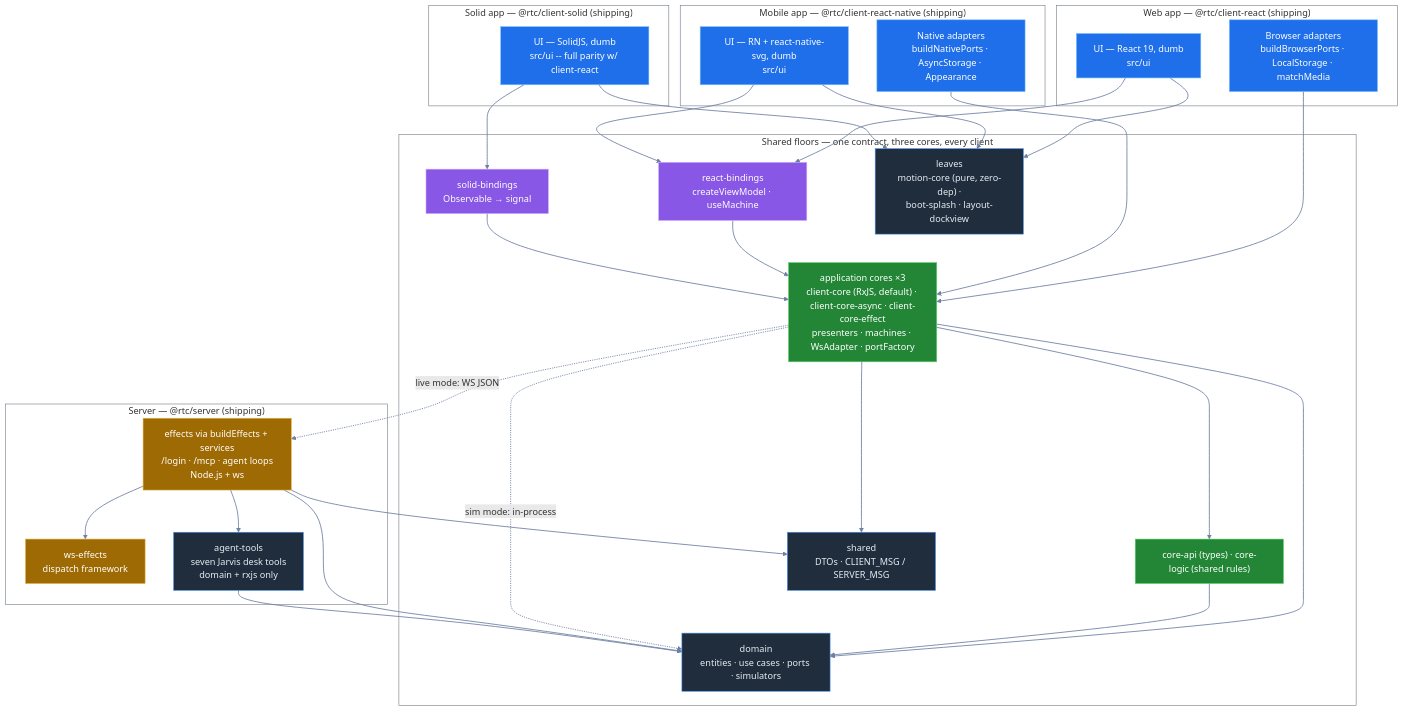
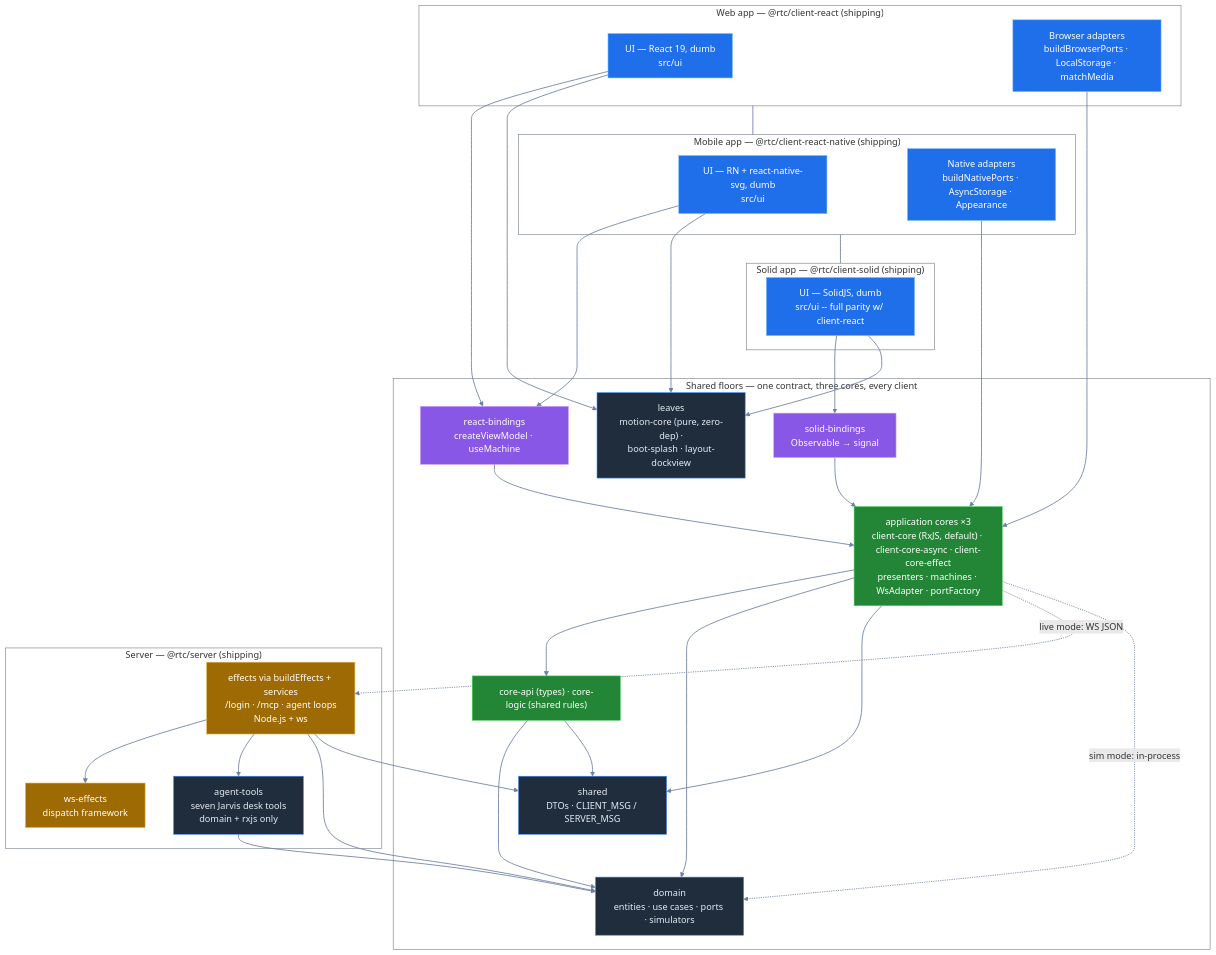
The diagram in docs/architecture/13-codebase-map.md (bettersoftware-io/ReactiveTraderCloudClone), drawn with Mermaid before and after one commit. The commit also changed other lines of this file and 7 other files, not shown here.

First line of the commit message:
docs(architecture): fix round 1 on the structure chapters

````diff
--- a/docs/architecture/13-codebase-map.md
+++ b/docs/architecture/13-codebase-map.md
@@ -11,66 +11,71 @@
 ```mermaid
 flowchart TB
     subgraph WebApp["Web app — @rtc/client-react (shipping)"]
         webUi["UI — React 19, dumb<br/>src/ui"]:::ui
         webAdapt["Browser adapters<br/>buildBrowserPorts · LocalStorage · matchMedia"]:::ui
     end
 
     subgraph MobileApp["Mobile app — @rtc/client-react-native (shipping)"]
         rnUi["UI — RN + react-native-svg, dumb<br/>src/ui"]:::ui
         rnAdapt["Native adapters<br/>buildNativePorts · AsyncStorage · Appearance"]:::ui
     end
 
     subgraph SolidApp["Solid app — @rtc/client-solid (shipping)"]
         solidUi["UI — SolidJS, dumb<br/>src/ui -- full parity w/ client-react"]:::ui
     end
 
     subgraph SharedFloors["Shared floors — one contract, three cores, every client"]
         rb["react-bindings<br/>createViewModel · useMachine"]:::bridge
         sb["solid-bindings<br/>Observable → signal"]:::bridge
         core["application cores ×3<br/>client-core (RxJS, default) · client-core-async · client-core-effect<br/>presenters · machines · WsAdapter · portFactory"]:::core
         api["core-api (types) · core-logic (shared rules)"]:::core
         domain["domain<br/>entities · use cases · ports · simulators"]:::domain
         shared["shared<br/>DTOs · CLIENT_MSG / SERVER_MSG"]:::domain
         motion["leaves<br/>motion-core (pure, zero-dep) ·<br/>boot-splash · layout-dockview"]:::domain
     end
 
     subgraph Server["Server — @rtc/server (shipping)"]
         srv["effects via buildEffects + services<br/>/login · /mcp · agent loops<br/>Node.js + ws"]:::server
         wse["ws-effects<br/>dispatch framework"]:::server
         agt["agent-tools<br/>seven Jarvis desk tools<br/>domain + rxjs only"]:::domain
     end
 
     webUi --> rb
     webUi --> motion
     webAdapt --> core
     rnUi --> rb
     rnUi --> motion
     rnAdapt --> core
     solidUi --> sb
     solidUi --> motion
     rb --> core
     sb --> core
     core --> api
     core --> domain
     core --> shared
     api --> domain
+    api --> shared
     core -. "live mode: WS JSON" .-> srv
     core -. "sim mode: in-process" .-> domain
     srv --> wse
     srv --> agt
     srv --> domain
     srv --> shared
     agt --> domain
+
+    %% stack the three app buildings vertically (edge-less subgraphs would tile side by side)
+    WebApp ~~~ MobileApp
+    MobileApp ~~~ SolidApp
 
     classDef ui fill:#1f6feb,stroke:#79c0ff,color:#ffffff
     classDef bridge fill:#8957e5,stroke:#d2a8ff,color:#ffffff
     classDef core fill:#238636,stroke:#56d364,color:#ffffff
     classDef server fill:#9e6a03,stroke:#e3b341,color:#ffffff
     classDef domain fill:#1f2d3d,stroke:#4493f8,color:#e6edf3
     style WebApp fill:transparent,stroke:#6e7681
     style MobileApp fill:transparent,stroke:#6e7681
     style SolidApp fill:transparent,stroke:#6e7681
     style SharedFloors fill:transparent,stroke:#6e7681
     style Server fill:transparent,stroke:#6e7681
     linkStyle default stroke:#6e7fa3,stroke-width:1.5px
 ```
````
